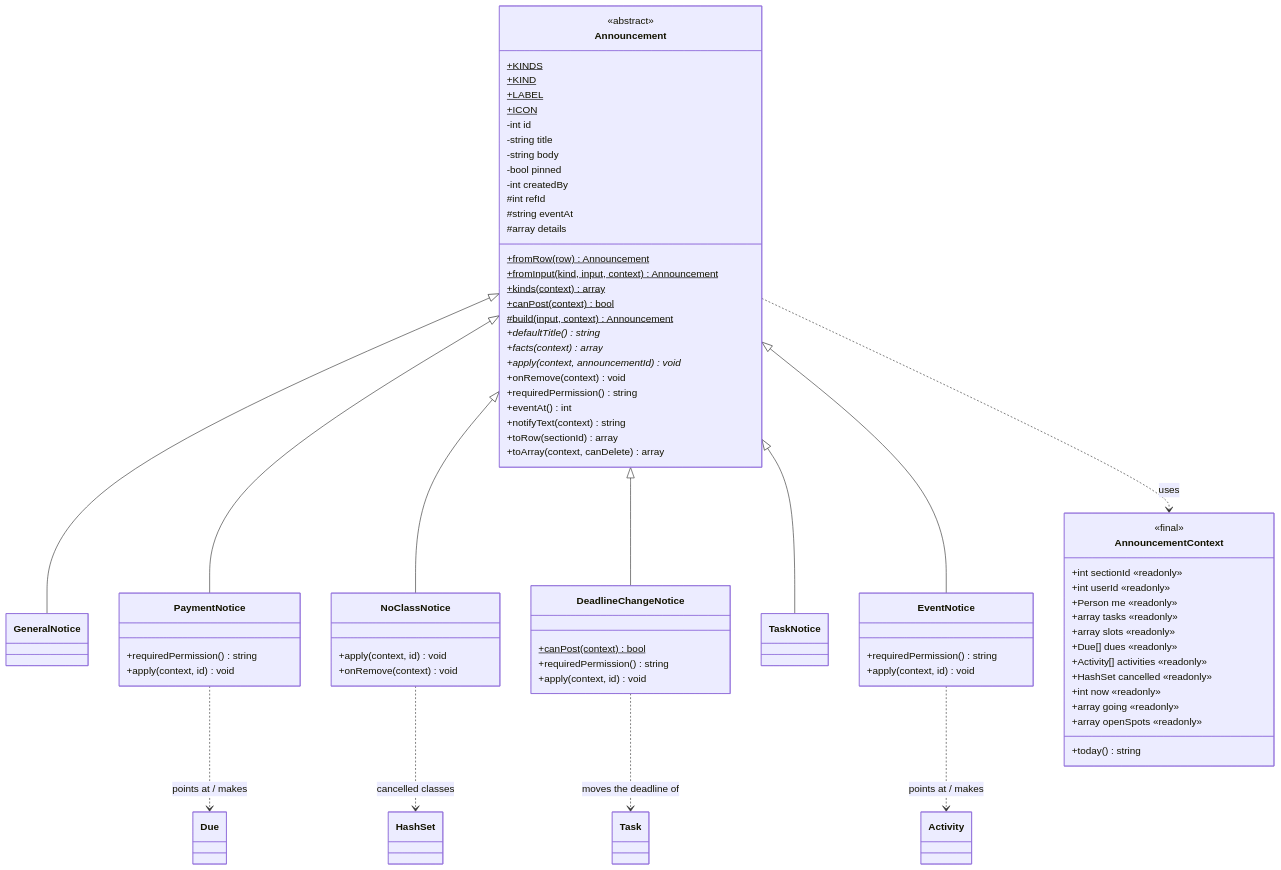
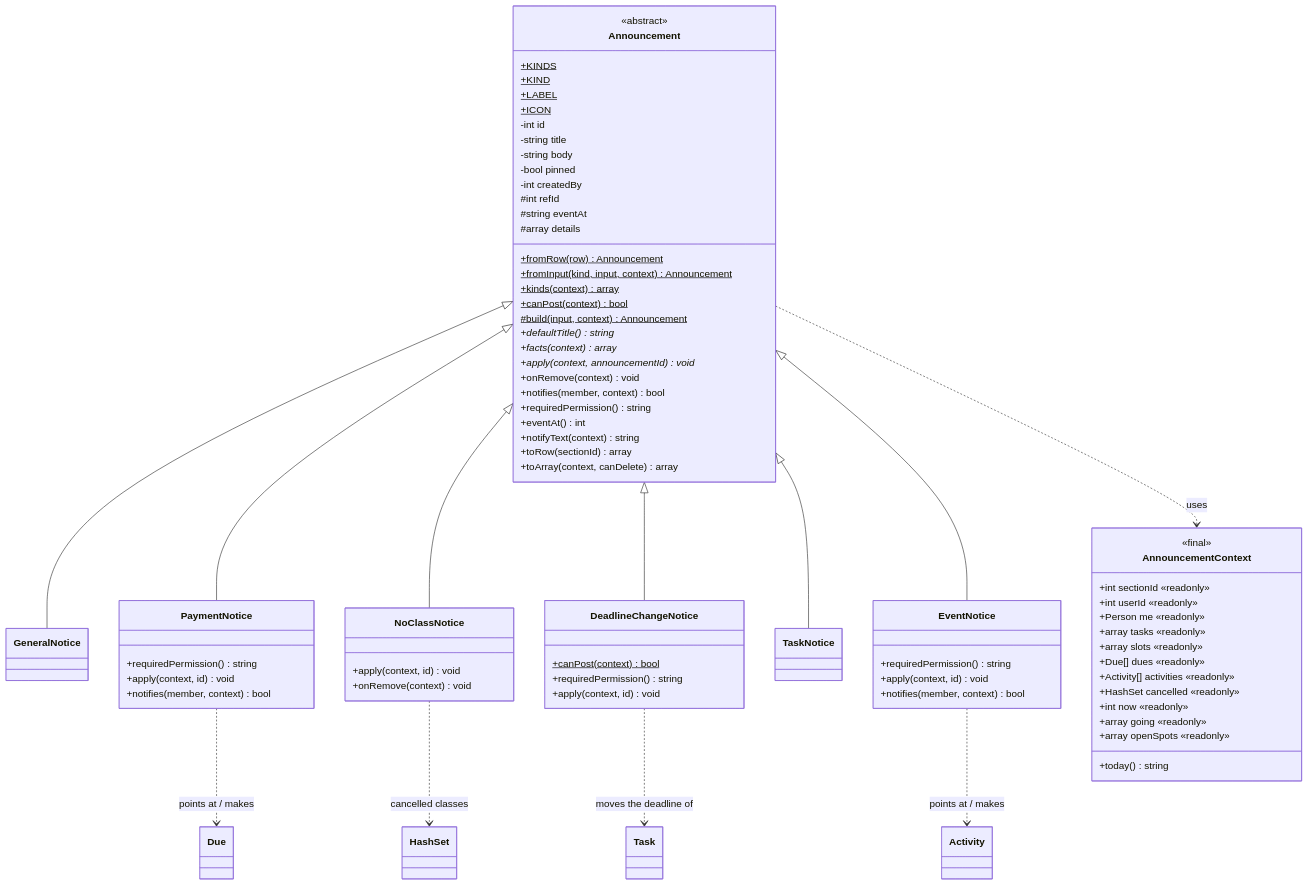
One commit to rcldvmnl/AcadSync changed the fifth of 7 diagrams in docs/CLASS_DIAGRAM.md. Above: the diagram before and after it, drawn with Mermaid. The commit also changed other lines of this file and 22 other files, not shown here.

````diff
--- a/docs/CLASS_DIAGRAM.md
+++ b/docs/CLASS_DIAGRAM.md
@@ -449,78 +454,81 @@
 ```mermaid
 classDiagram
     direction TB
     class Announcement {
         <<abstract>>
         +KINDS$
         +KIND$
         +LABEL$
         +ICON$
         -int id
         -string title
         -string body
         -bool pinned
         -int createdBy
         #int refId
         #string eventAt
         #array details
         +fromRow(row)$ Announcement
         +fromInput(kind, input, context)$ Announcement
         +kinds(context)$ array
         +canPost(context)$ bool
         #build(input, context)$ Announcement
         +defaultTitle()* string
         +facts(context)* array
         +apply(context, announcementId)* void
         +onRemove(context) void
+        +notifies(member, context) bool
         +requiredPermission() string
         +eventAt() int
         +notifyText(context) string
         +toRow(sectionId) array
         +toArray(context, canDelete) array
     }
     class GeneralNotice
     class PaymentNotice {
         +requiredPermission() string
         +apply(context, id) void
+        +notifies(member, context) bool
     }
     class NoClassNotice {
         +apply(context, id) void
         +onRemove(context) void
     }
     class DeadlineChangeNotice {
         +canPost(context)$ bool
         +requiredPermission() string
         +apply(context, id) void
     }
     class TaskNotice
     class EventNotice {
         +requiredPermission() string
         +apply(context, id) void
+        +notifies(member, context) bool
     }
     class AnnouncementContext {
         <<final>>
         +int sectionId «readonly»
         +int userId «readonly»
         +Person me «readonly»
         +array tasks «readonly»
         +array slots «readonly»
         +Due[] dues «readonly»
         +Activity[] activities «readonly»
         +HashSet cancelled «readonly»
         +int now «readonly»
         +array going «readonly»
         +array openSpots «readonly»
         +today() string
     }
     Announcement <|-- GeneralNotice
     Announcement <|-- PaymentNotice
     Announcement <|-- NoClassNotice
     Announcement <|-- DeadlineChangeNotice
     Announcement <|-- TaskNotice
     Announcement <|-- EventNotice
     Announcement ..> AnnouncementContext : uses
     PaymentNotice ..> Due : points at / makes
     EventNotice ..> Activity : points at / makes
     DeadlineChangeNotice ..> Task : moves the deadline of
     NoClassNotice ..> HashSet : cancelled classes
 ```
````
